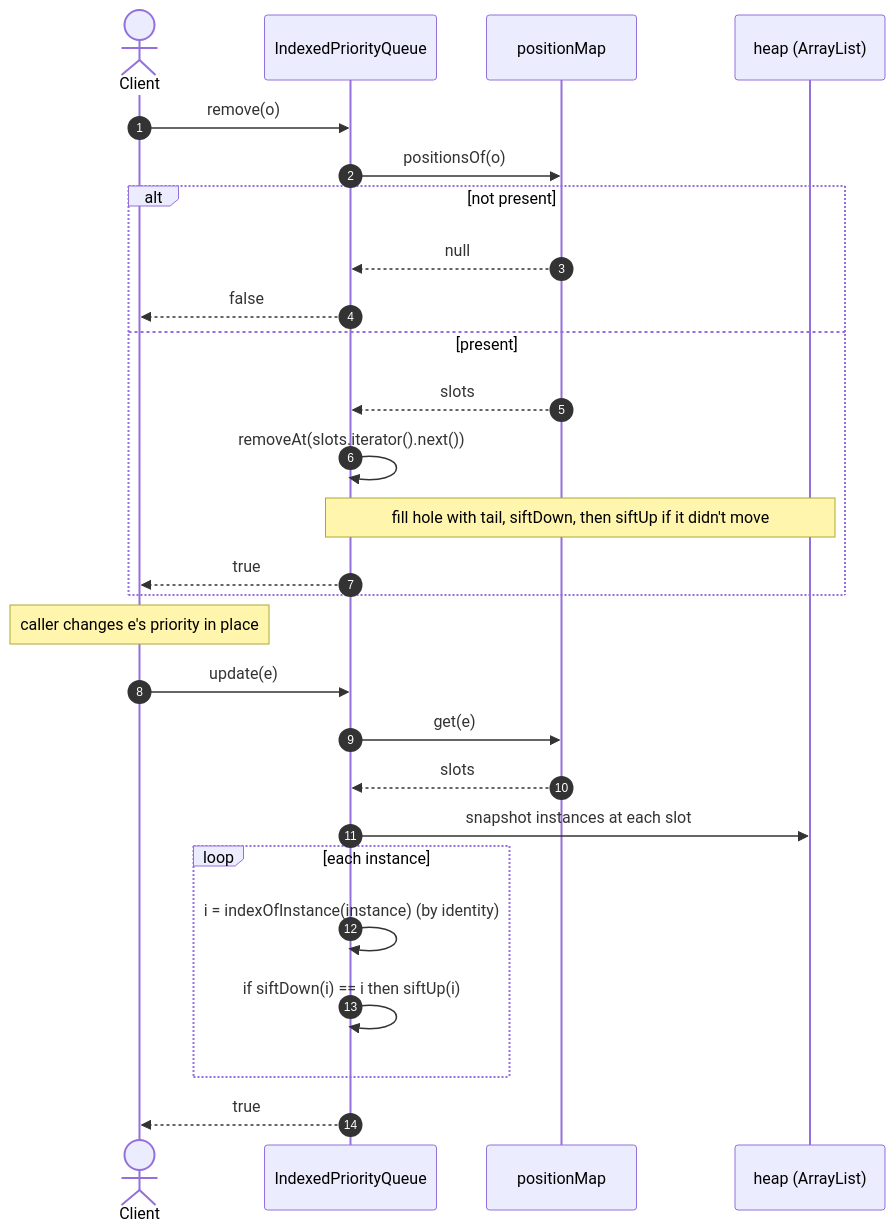
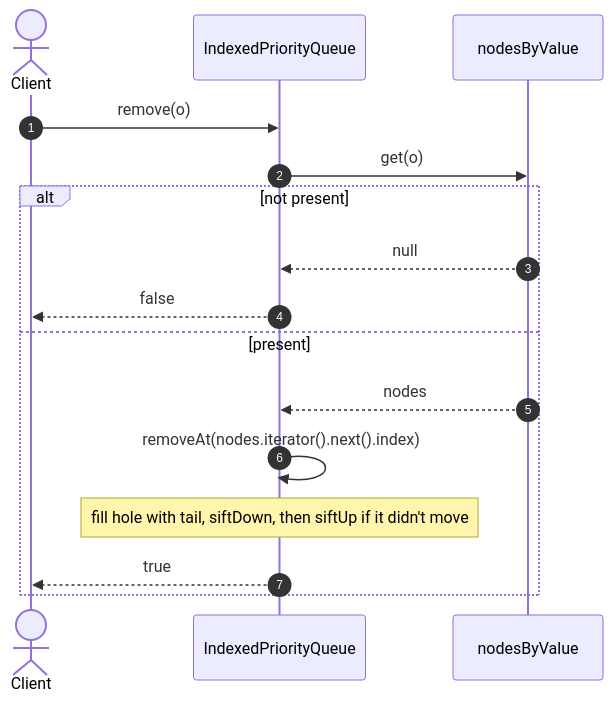
Before and after one commit to deyindra/System_Design: the seventh of 10 diagrams in ds/README.md, drawn with Mermaid. The commit also changed other lines of this file and 2 other files, not shown here.

````diff
--- a/ds/README.md
+++ b/ds/README.md
@@ -223,31 +360,19 @@
 ```mermaid
 sequenceDiagram
     autonumber
     actor Client
     participant Q as IndexedPriorityQueue
-    participant M as positionMap
-    participant H as heap (ArrayList)
+    participant M as nodesByValue
 
     Client->>Q: remove(o)
-    Q->>M: positionsOf(o)
+    Q->>M: get(o)
     alt not present
         M-->>Q: null
         Q-->>Client: false
     else present
-        M-->>Q: slots
-        Q->>Q: removeAt(slots.iterator().next())
-        Note over Q,H: fill hole with tail, siftDown, then siftUp if it didn't move
+        M-->>Q: nodes
+        Q->>Q: removeAt(nodes.iterator().next().index)
+        Note over Q: fill hole with tail, siftDown, then siftUp if it didn't move
         Q-->>Client: true
     end
-
-    Note over Client: caller changes e's priority in place
-    Client->>Q: update(e)
-    Q->>M: get(e)
-    M-->>Q: slots
-    Q->>H: snapshot instances at each slot
-    loop each instance
-        Q->>Q: i = indexOfInstance(instance) (by identity)
-        Q->>Q: if siftDown(i) == i then siftUp(i)
-    end
-    Q-->>Client: true
 ```
````
